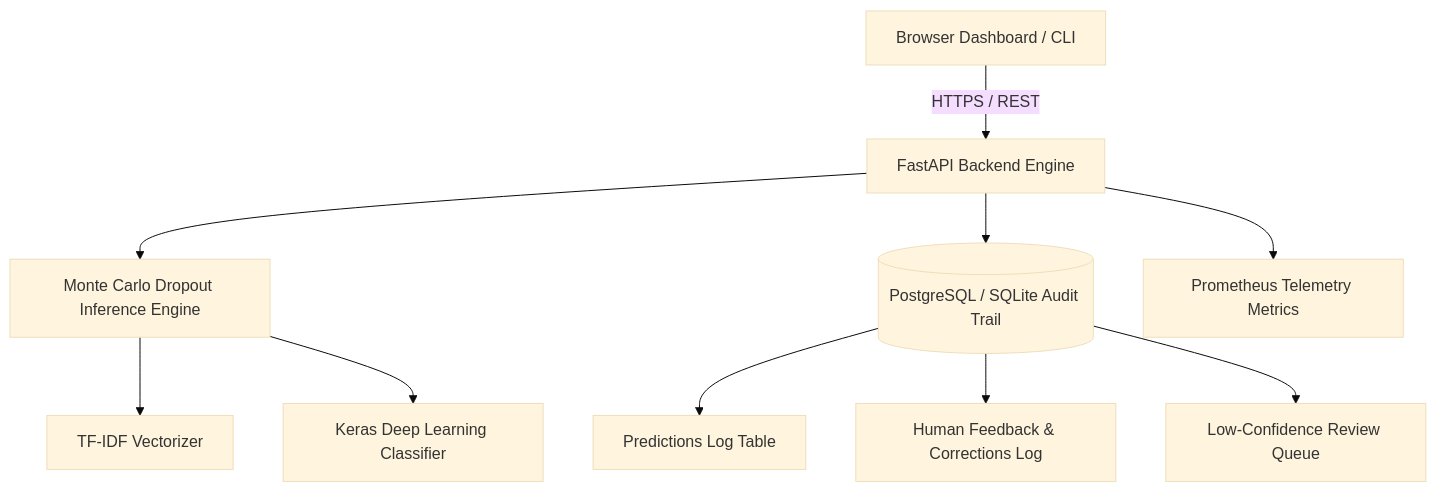
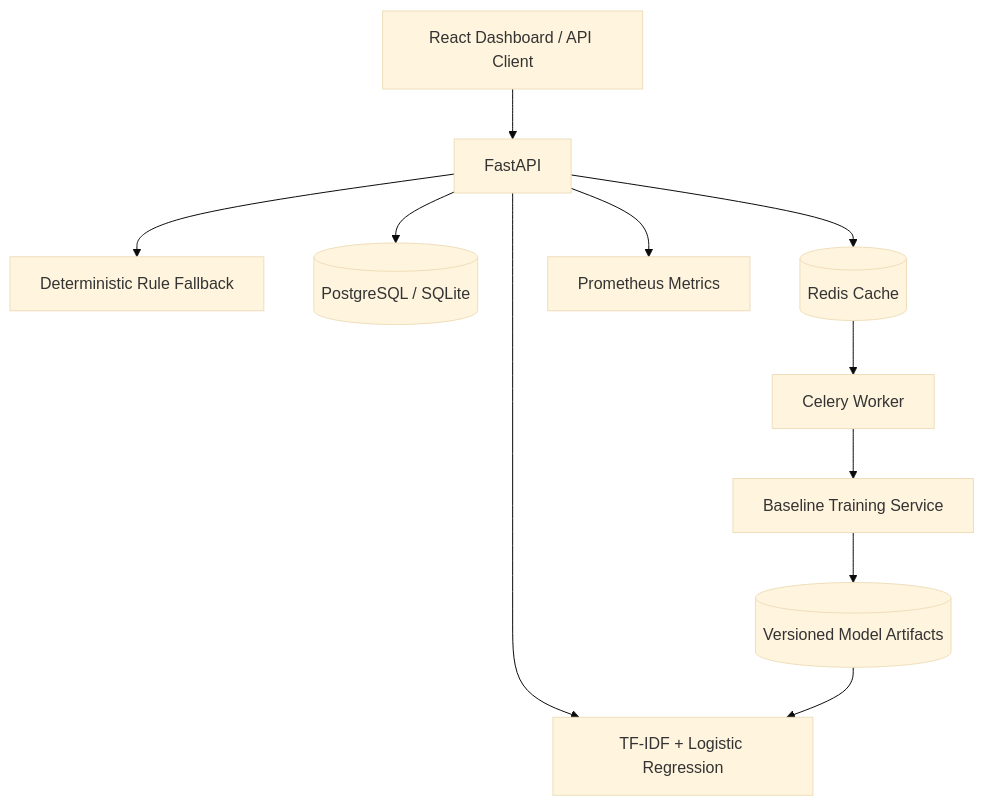
The diagram in docs/ARCHITECTURE.md (Albert101255/bug-report-classifier), drawn with Mermaid (base theme) before and after one commit. The commit also changed other lines of this file and 41 other files, not shown here.

````diff
--- a/docs/ARCHITECTURE.md
+++ b/docs/ARCHITECTURE.md
@@ -5,14 +3,13 @@
 ```mermaid
 graph TD
-    Client[Browser Dashboard / CLI] --> |HTTPS / REST| Gateway[FastAPI Backend Engine]
-    Gateway --> MC[Monte Carlo Dropout Inference Engine]
-    Gateway --> DB[(PostgreSQL / SQLite Audit Trail)]
-    Gateway --> Prom[Prometheus Telemetry Metrics]
-
-    MC --> TFIDF[TF-IDF Vectorizer]
-    MC --> Keras[Keras Deep Learning Classifier]
-
-    DB --> PredTable[Predictions Log Table]
-    DB --> FeedTable[Human Feedback & Corrections Log]
-    DB --> ReviewQ[Low-Confidence Review Queue]
+    Client[React Dashboard / API Client] --> API[FastAPI]
+    API --> Model[TF-IDF + Logistic Regression]
+    API --> Fallback[Deterministic Rule Fallback]
+    API --> DB[(PostgreSQL / SQLite)]
+    API --> Redis[(Redis Cache)]
+    API --> Metrics[Prometheus Metrics]
+    Worker[Celery Worker] --> Train[Baseline Training Service]
+    Train --> Artifacts[(Versioned Model Artifacts)]
+    Artifacts --> Model
+    Redis --> Worker
 ```
````
